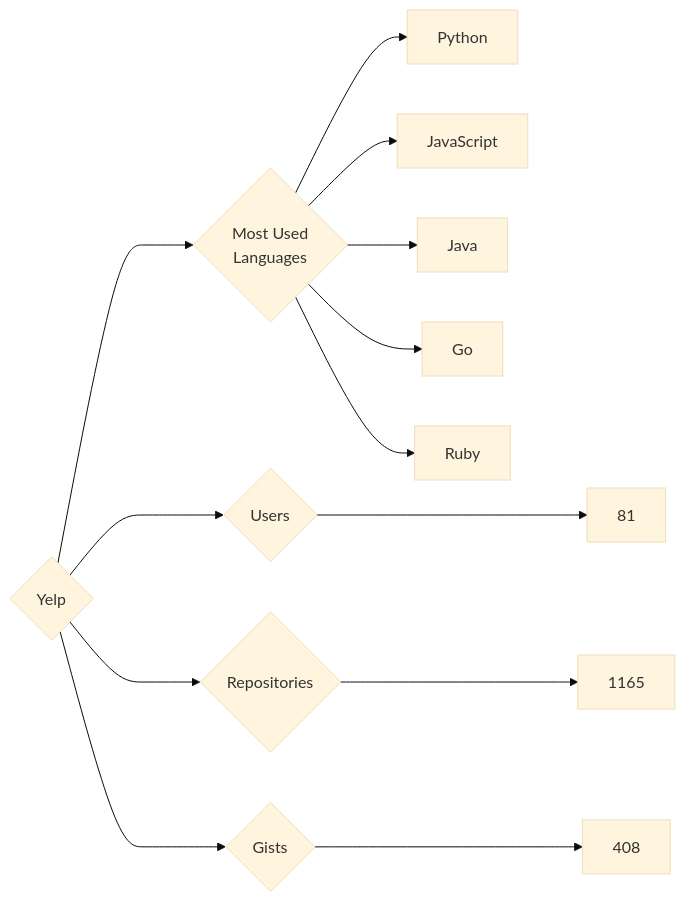
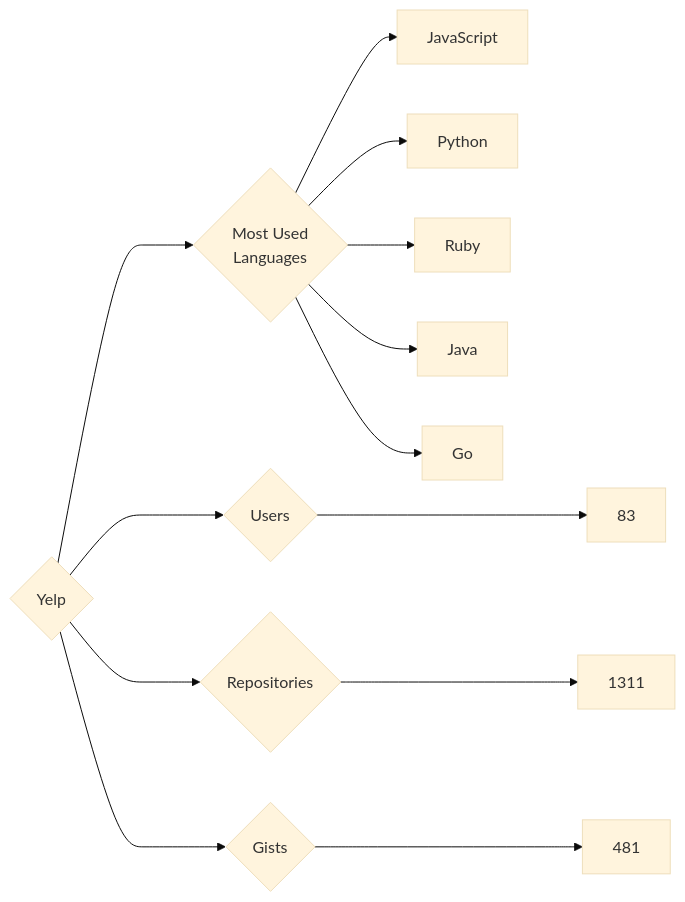
One commit to trickest/insiders changed the diagram in targets/Yelp/README.md. Above: the diagram before and after it, drawn with Mermaid (base theme). The commit also changed 953 other files, not shown here.

````diff
--- a/targets/Yelp/README.md
+++ b/targets/Yelp/README.md
@@ -3,13 +3,13 @@
 ```mermaid
 graph LR
 COMPANY_NAME{Yelp}
-COMPANY_NAME ---> U{Users} ---> UN[81]
-COMPANY_NAME ---> R{Repositories} ---> RN[1165]
-COMPANY_NAME ---> G{Gists} ---> GN[408]
+COMPANY_NAME ---> U{Users} ---> UN[83]
+COMPANY_NAME ---> R{Repositories} ---> RN[1311]
+COMPANY_NAME ---> G{Gists} ---> GN[481]
 COMPANY_NAME ---> ML{Most Used<br>Languages}
+ML --> JavaScript[JavaScript]
 ML --> Python[Python]
-ML --> JavaScript[JavaScript]
+ML --> Ruby[Ruby]
 ML --> Java[Java]
 ML --> Go[Go]
-ML --> Ruby[Ruby]
 ```
````
